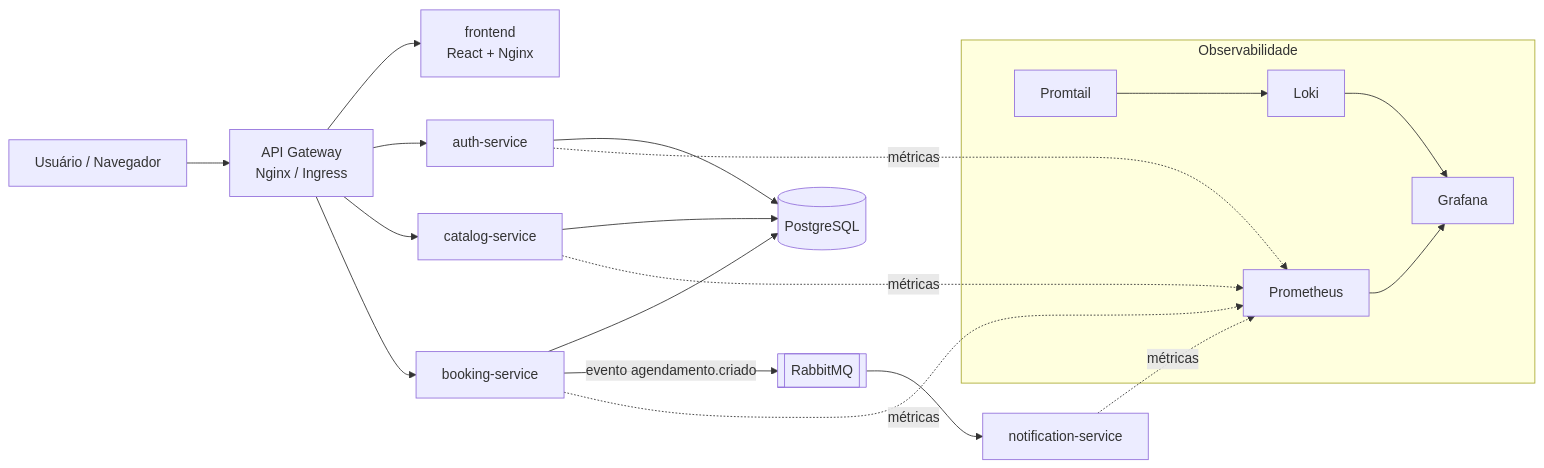
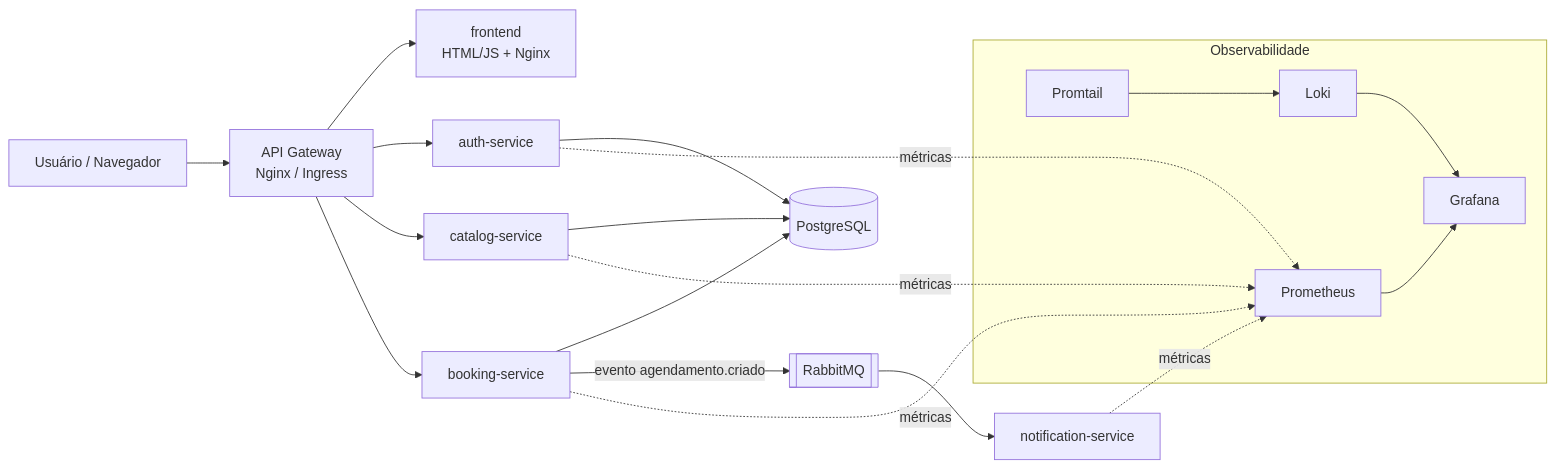
Before and after one commit to nozari-enzo/agenda-cloud-microservices: the diagram in README.md, drawn with Mermaid. The commit also changed other lines of this file and 75 other files, not shown here.

````diff
--- a/README.md
+++ b/README.md
@@ -57,23 +57,23 @@
 ```mermaid
 flowchart LR
     U[Usuário / Navegador] --> GW[API Gateway<br/>Nginx / Ingress]
-    GW --> FE[frontend<br/>React + Nginx]
+    GW --> FE[frontend<br/>HTML/JS + Nginx]
     GW --> AUTH[auth-service]
     GW --> CAT[catalog-service]
     GW --> BOOK[booking-service]
     AUTH --> DB[(PostgreSQL)]
     CAT --> DB
     BOOK --> DB
     BOOK -- evento agendamento.criado --> MQ[[RabbitMQ]]
     MQ --> NOTIF[notification-service]
 
     subgraph Observabilidade
       PROM[Prometheus] --> GRAF[Grafana]
       LOKI[Loki] --> GRAF
       PT[Promtail] --> LOKI
     end
     AUTH -.métricas.-> PROM
     CAT -.métricas.-> PROM
     BOOK -.métricas.-> PROM
     NOTIF -.métricas.-> PROM
 ```
````
